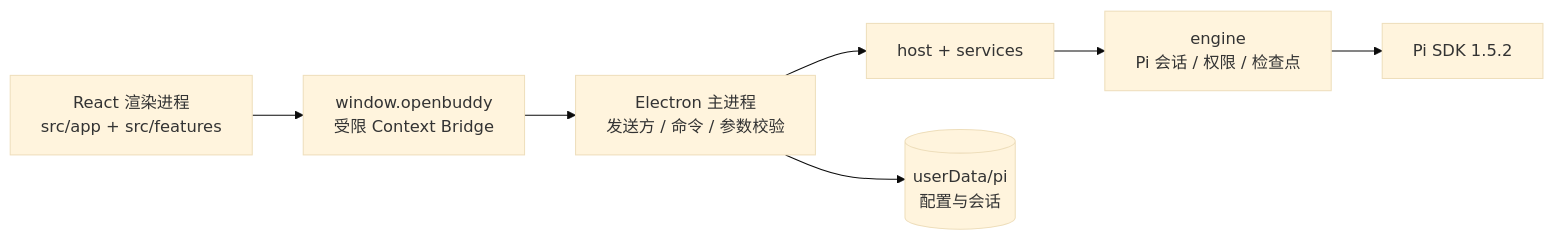
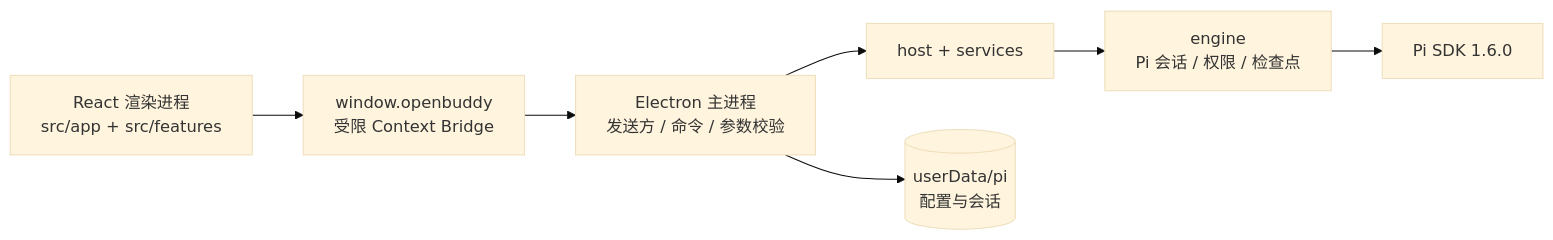
The diagram in README.md (louloulin/OpenBuddy), drawn with Mermaid (base theme) before and after one commit. The commit also changed other lines of this file and 5 other files, not shown here.

````diff
--- a/README.md
+++ b/README.md
@@ -119,9 +119,9 @@
 ```mermaid
 flowchart LR
   UI[React 渲染进程<br/>src/app + src/features] --> Bridge[window.openbuddy<br/>受限 Context Bridge]
   Bridge --> Main[Electron 主进程<br/>发送方 / 命令 / 参数校验]
   Main --> Host[host + services]
   Host --> Engine[engine<br/>Pi 会话 / 权限 / 检查点]
-  Engine --> Pi[Pi SDK 1.5.2]
+  Engine --> Pi[Pi SDK 1.6.0]
   Main --> Store[(userData/pi<br/>配置与会话)]
 ```
````
